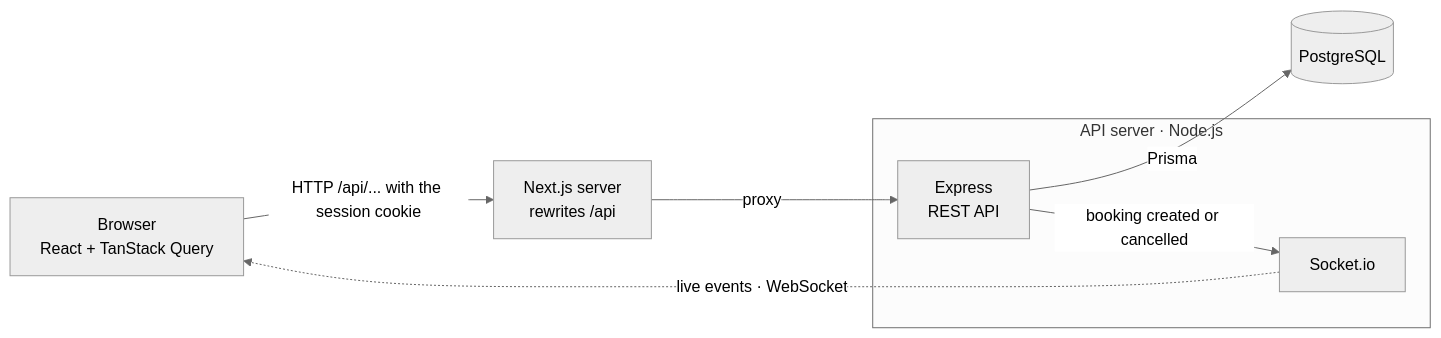
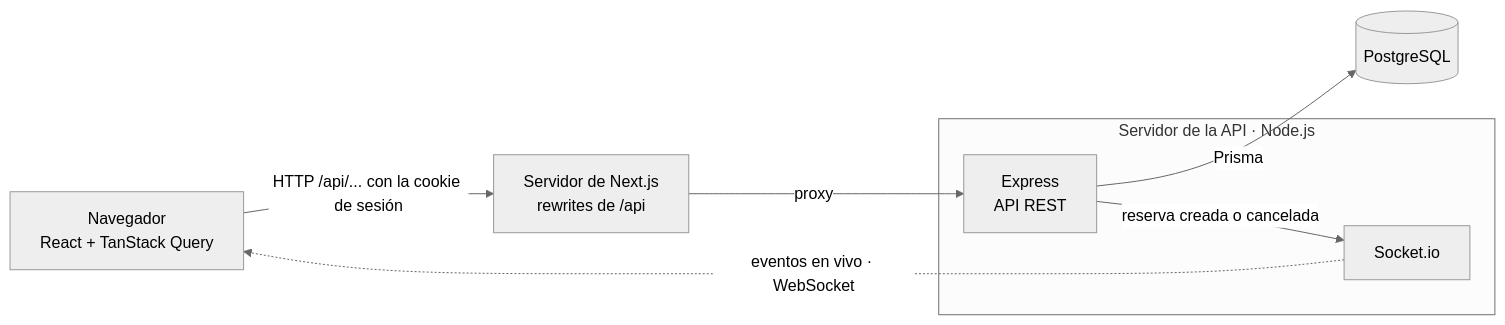
Before and after one commit to Vitomans/agenda-reservas: the diagram in README.md, drawn with Mermaid (neutral theme). The commit also changed other lines of this file and 1 other file, not shown here.

````diff
--- a/README.md
+++ b/README.md
@@ -26,16 +26,16 @@
 ```mermaid
 flowchart LR
-    browser["Browser<br/>React + TanStack Query"]
-    next["Next.js server<br/>rewrites /api"]
-    subgraph apiServer["API server · Node.js"]
-        express["Express<br/>REST API"]
+    browser["Navegador<br/>React + TanStack Query"]
+    next["Servidor de Next.js<br/>rewrites de /api"]
+    subgraph apiServer["Servidor de la API · Node.js"]
+        express["Express<br/>API REST"]
         socket["Socket.io"]
     end
     db[("PostgreSQL")]
 
-    browser -->|"HTTP /api/... with the session cookie"| next
+    browser -->|"HTTP /api/... con la cookie de sesión"| next
     next -->|proxy| express
     express -->|Prisma| db
-    express -->|"booking created or cancelled"| socket
-    socket -.->|"live events · WebSocket"| browser
+    express -->|"reserva creada o cancelada"| socket
+    socket -.->|"eventos en vivo · WebSocket"| browser
 ```
````
